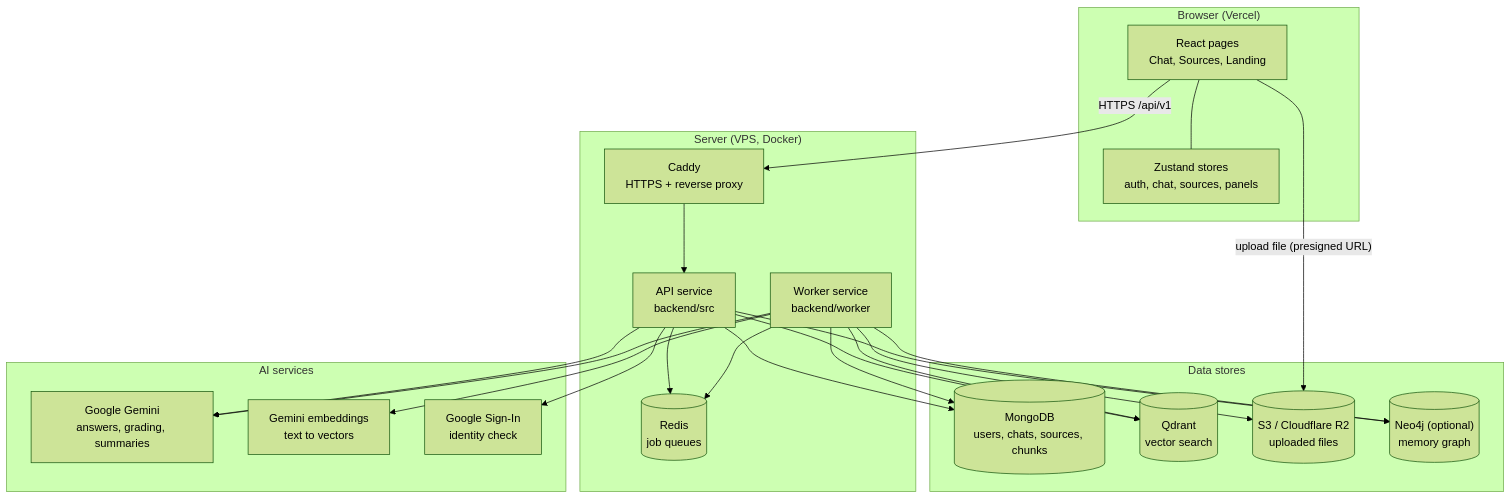
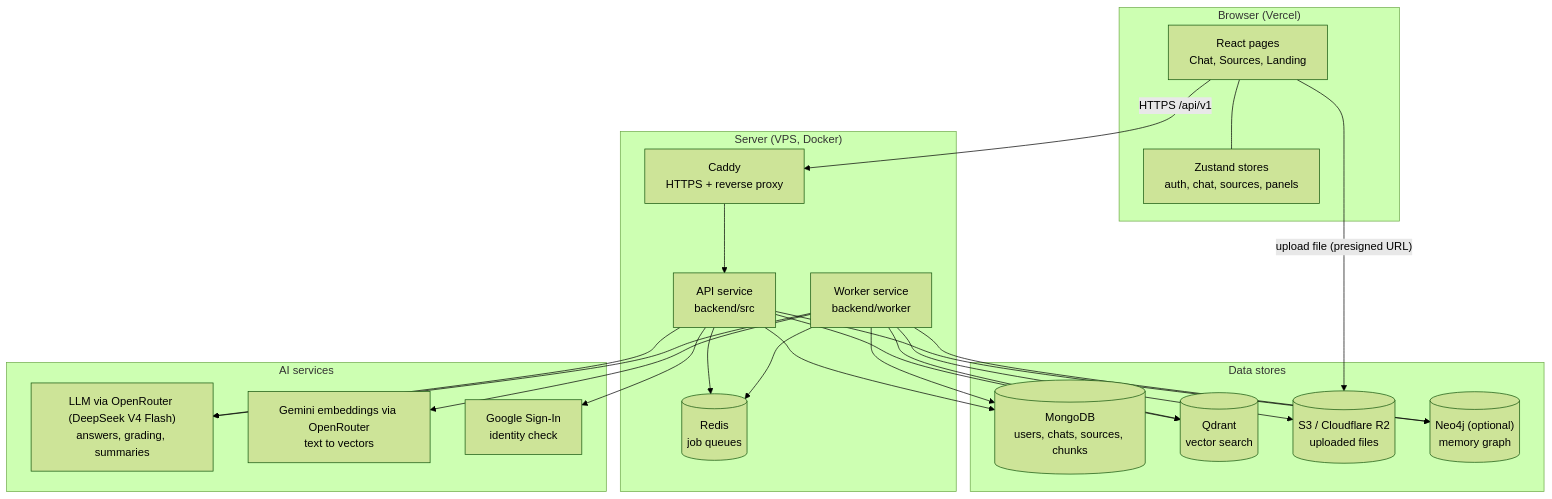
The second of 11 diagrams in readme.md (Arindam-Roy2004/Sagewell), drawn with Mermaid (forest theme) before and after one commit. The commit also changed other lines of this file and 16 other files, not shown here.

First line of the commit message:
Switch LLM and embeddings from Gemini to OpenRouter

````diff
--- a/readme.md
+++ b/readme.md
@@ -67,44 +67,44 @@
 ```mermaid
 flowchart TB
     subgraph Client["Browser (Vercel)"]
         UI["React pages<br/>Chat, Sources, Landing"]
         Stores["Zustand stores<br/>auth, chat, sources, panels"]
         UI --- Stores
     end
 
     subgraph Server["Server (VPS, Docker)"]
         Caddy["Caddy<br/>HTTPS + reverse proxy"]
         API["API service<br/>backend/src"]
         Worker["Worker service<br/>backend/worker"]
         Redis[("Redis<br/>job queues")]
     end
 
     subgraph Data["Data stores"]
         Mongo[("MongoDB<br/>users, chats, sources, chunks")]
         Qdrant[("Qdrant<br/>vector search")]
         S3[("S3 / Cloudflare R2<br/>uploaded files")]
         Neo4j[("Neo4j (optional)<br/>memory graph")]
     end
 
     subgraph AI["AI services"]
-        Gemini["Google Gemini<br/>answers, grading, summaries"]
-        Embed["Gemini embeddings<br/>text to vectors"]
+        Gemini["LLM via OpenRouter (DeepSeek V4 Flash)<br/>answers, grading, summaries"]
+        Embed["Gemini embeddings via OpenRouter<br/>text to vectors"]
         Google["Google Sign-In<br/>identity check"]
     end
 
     UI -- "HTTPS /api/v1" --> Caddy --> API
     UI -- "upload file (presigned URL)" --> S3
     API --> Mongo
     API --> Redis
     API --> Qdrant
     API --> Neo4j
     API --> Gemini
     API --> Google
     Worker --> Redis
     Worker --> Mongo
     Worker --> Qdrant
     Worker --> Neo4j
     Worker --> S3
     Worker --> Gemini
     Worker --> Embed
 ```
````
